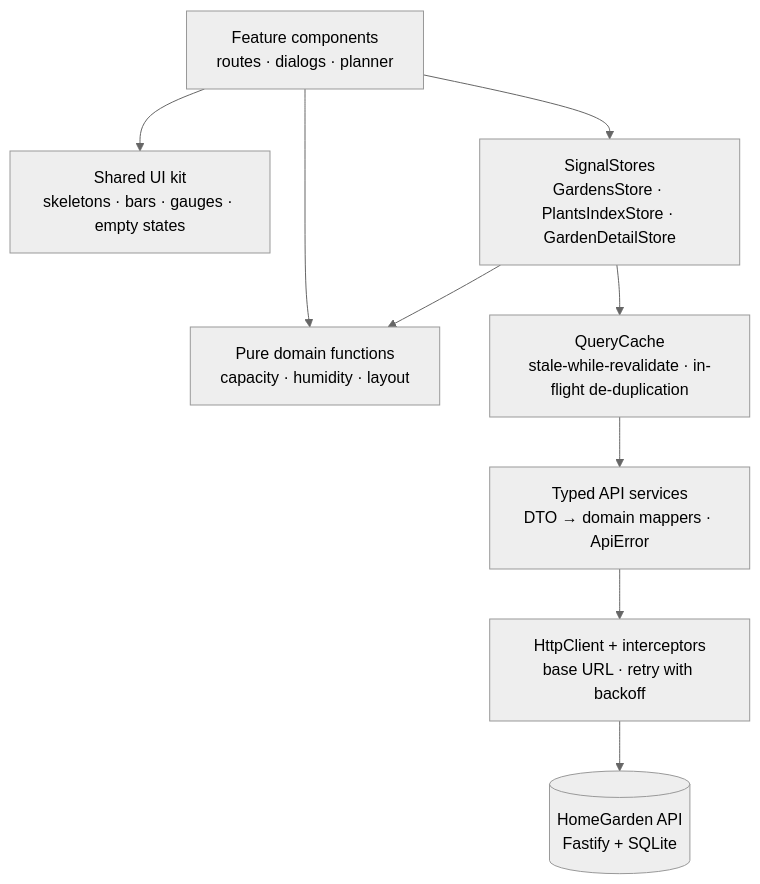
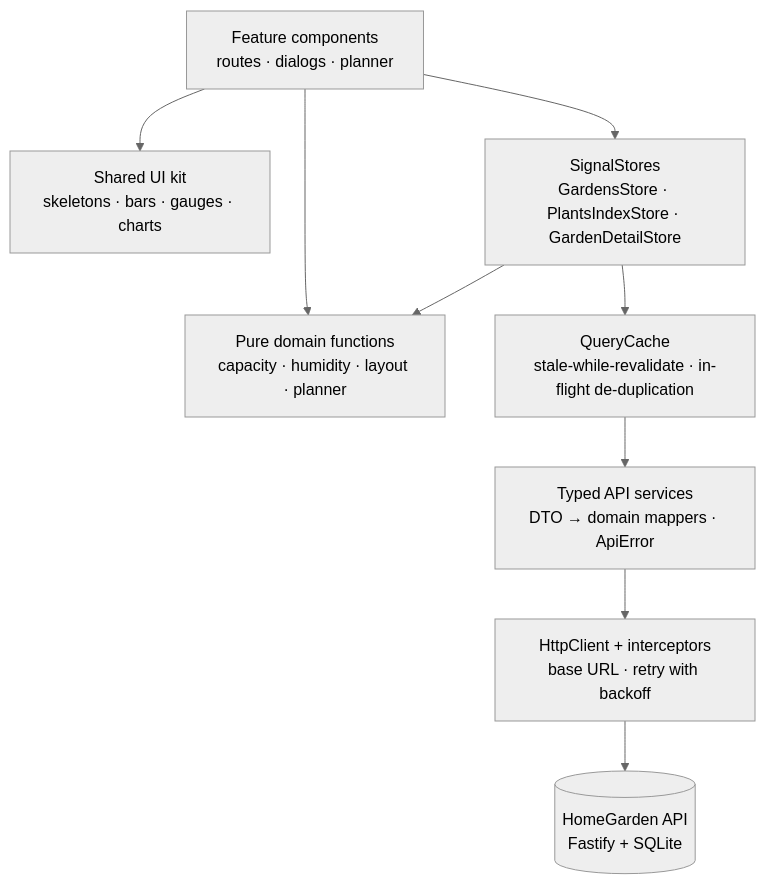
The diagram in README.md (Liviu29/home-garden-case), drawn with Mermaid (neutral theme) before and after one commit. The commit also changed other lines of this file and 6 other files, not shown here.

First line of the commit message:
docs: a 60-second tour, new chart screenshots and a shorter README

````diff
--- a/README.md
+++ b/README.md
@@ -77,20 +81,20 @@
 ```mermaid
 flowchart TD
     UI["Feature components<br/>routes · dialogs · planner"]
-    KIT["Shared UI kit<br/>skeletons · bars · gauges · empty states"]
+    KIT["Shared UI kit<br/>skeletons · bars · gauges · charts"]
     STORE["SignalStores<br/>GardensStore · PlantsIndexStore · GardenDetailStore"]
-    DOMAIN["Pure domain functions<br/>capacity · humidity · layout"]
+    DOMAIN["Pure domain functions<br/>capacity · humidity · layout · planner"]
     CACHE["QueryCache<br/>stale-while-revalidate · in-flight de-duplication"]
     DATA["Typed API services<br/>DTO → domain mappers · ApiError"]
     HTTP["HttpClient + interceptors<br/>base URL · retry with backoff"]
     API[("HomeGarden API<br/>Fastify + SQLite")]
 
     UI --> KIT
     UI --> STORE
     UI --> DOMAIN
     STORE --> DOMAIN
     STORE --> CACHE
     CACHE --> DATA
     DATA --> HTTP
     HTTP --> API
 ```
````
